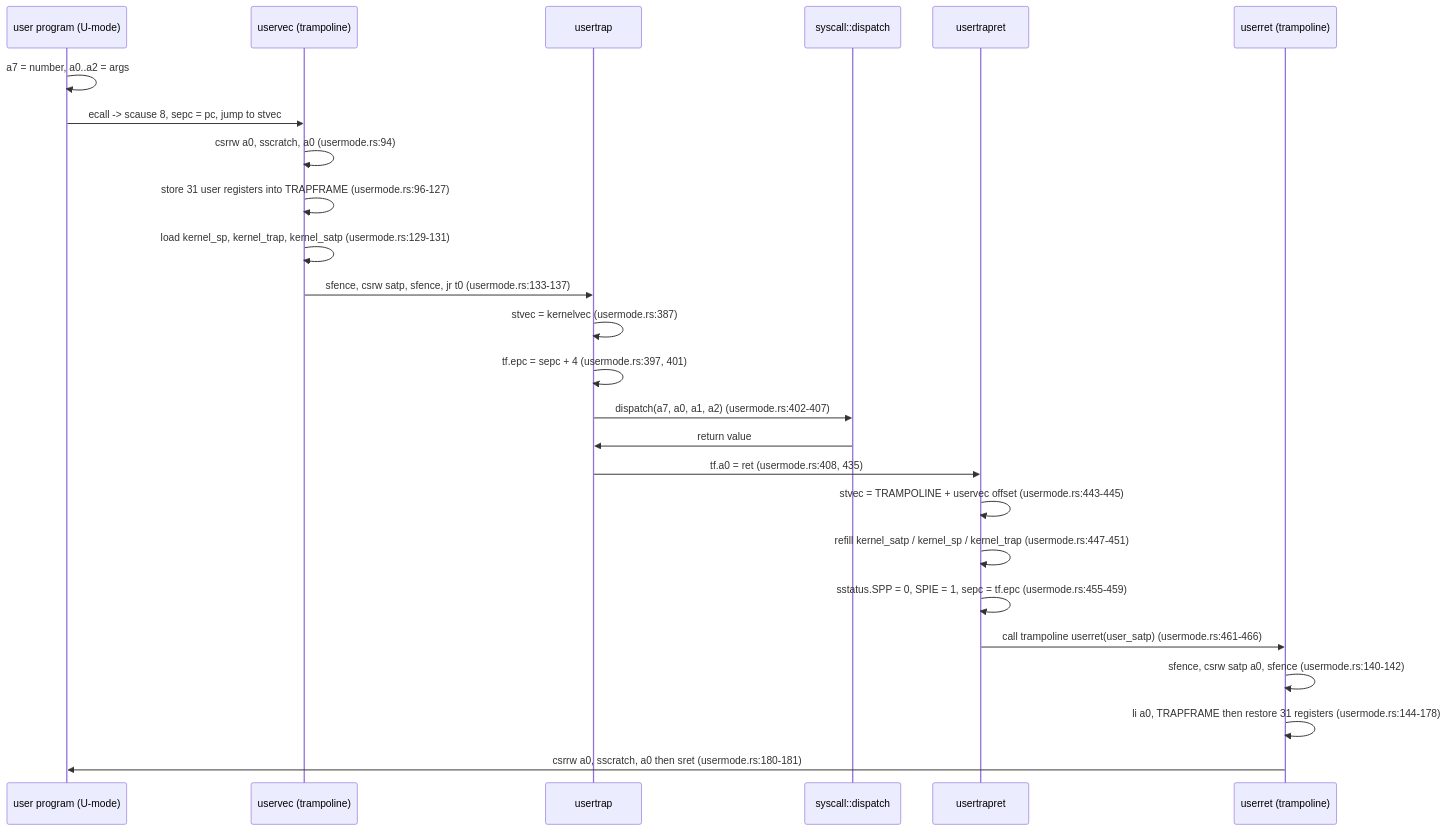
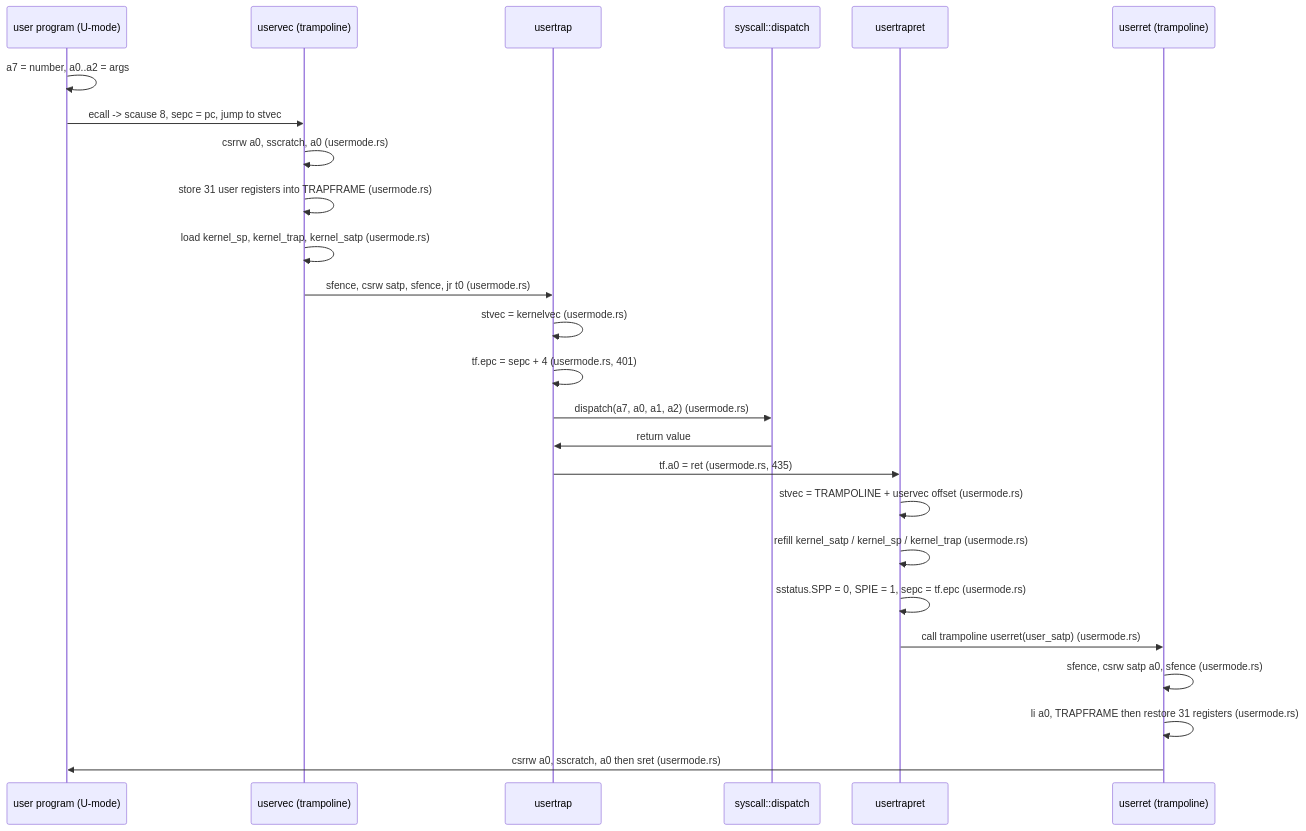
One commit to USF-CS326-F26/USF-CS326-F26.github.io changed the fourth of 4 diagrams in docs/guides/rv6-architecture.md. Above: the diagram before and after it, drawn with Mermaid. The commit also changed other lines of this file and 66 other files, not shown here.

````diff
--- a/docs/guides/rv6-architecture.md
+++ b/docs/guides/rv6-architecture.md
@@ -427,27 +427,27 @@
 ```mermaid
 sequenceDiagram
     participant user as user program (U-mode)
     participant uservec as uservec (trampoline)
     participant usertrap
     participant dispatch as syscall::dispatch
     participant usertrapret
     participant userret as userret (trampoline)
     user->>user: a7 = number, a0..a2 = args
     user->>uservec: ecall -> scause 8, sepc = pc, jump to stvec
-    uservec->>uservec: csrrw a0, sscratch, a0 (usermode.rs:94)
-    uservec->>uservec: store 31 user registers into TRAPFRAME (usermode.rs:96-127)
-    uservec->>uservec: load kernel_sp, kernel_trap, kernel_satp (usermode.rs:129-131)
-    uservec->>usertrap: sfence, csrw satp, sfence, jr t0 (usermode.rs:133-137)
-    usertrap->>usertrap: stvec = kernelvec (usermode.rs:387)
-    usertrap->>usertrap: tf.epc = sepc + 4 (usermode.rs:397, 401)
-    usertrap->>dispatch: dispatch(a7, a0, a1, a2) (usermode.rs:402-407)
+    uservec->>uservec: csrrw a0, sscratch, a0 (usermode.rs)
+    uservec->>uservec: store 31 user registers into TRAPFRAME (usermode.rs)
+    uservec->>uservec: load kernel_sp, kernel_trap, kernel_satp (usermode.rs)
+    uservec->>usertrap: sfence, csrw satp, sfence, jr t0 (usermode.rs)
+    usertrap->>usertrap: stvec = kernelvec (usermode.rs)
+    usertrap->>usertrap: tf.epc = sepc + 4 (usermode.rs, 401)
+    usertrap->>dispatch: dispatch(a7, a0, a1, a2) (usermode.rs)
     dispatch->>usertrap: return value
-    usertrap->>usertrapret: tf.a0 = ret (usermode.rs:408, 435)
-    usertrapret->>usertrapret: stvec = TRAMPOLINE + uservec offset (usermode.rs:443-445)
-    usertrapret->>usertrapret: refill kernel_satp / kernel_sp / kernel_trap (usermode.rs:447-451)
-    usertrapret->>usertrapret: sstatus.SPP = 0, SPIE = 1, sepc = tf.epc (usermode.rs:455-459)
-    usertrapret->>userret: call trampoline userret(user_satp) (usermode.rs:461-466)
-    userret->>userret: sfence, csrw satp a0, sfence (usermode.rs:140-142)
-    userret->>userret: li a0, TRAPFRAME then restore 31 registers (usermode.rs:144-178)
-    userret->>user: csrrw a0, sscratch, a0 then sret (usermode.rs:180-181)
+    usertrap->>usertrapret: tf.a0 = ret (usermode.rs, 435)
+    usertrapret->>usertrapret: stvec = TRAMPOLINE + uservec offset (usermode.rs)
+    usertrapret->>usertrapret: refill kernel_satp / kernel_sp / kernel_trap (usermode.rs)
+    usertrapret->>usertrapret: sstatus.SPP = 0, SPIE = 1, sepc = tf.epc (usermode.rs)
+    usertrapret->>userret: call trampoline userret(user_satp) (usermode.rs)
+    userret->>userret: sfence, csrw satp a0, sfence (usermode.rs)
+    userret->>userret: li a0, TRAPFRAME then restore 31 registers (usermode.rs)
+    userret->>user: csrrw a0, sscratch, a0 then sret (usermode.rs)
 ```
````
